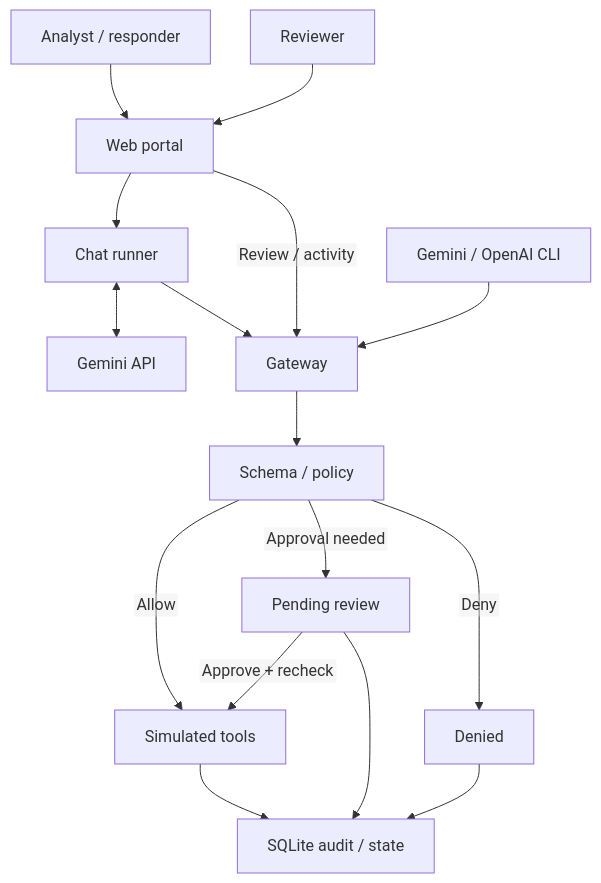
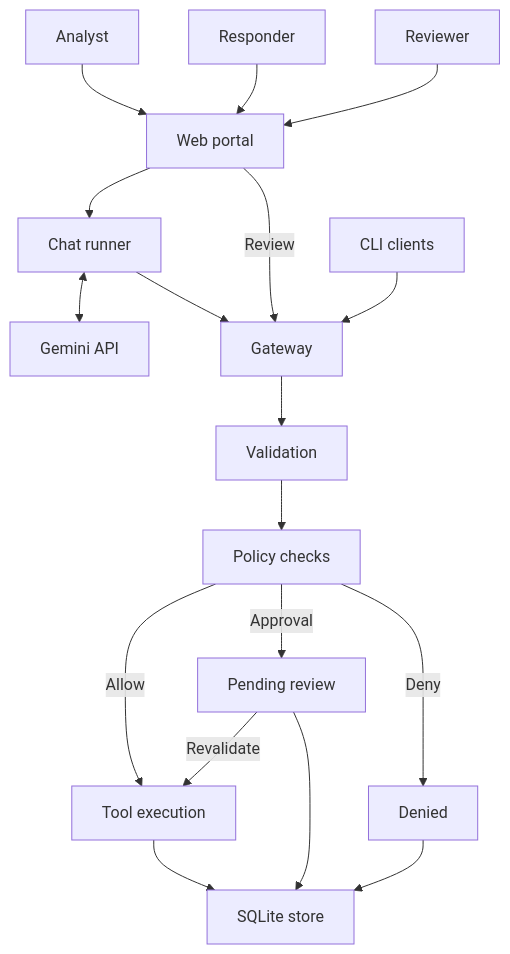
One commit to Bharatttt/agentfence changed the diagram in README.md. Above: the diagram before and after it, drawn with Mermaid. The commit also changed other lines of this file, not shown here.

Commit message:
docs: use compact architecture nodes to prevent clipped labels

````diff
--- a/README.md
+++ b/README.md
@@ -22,27 +22,20 @@
 ```mermaid
----
-config:
-  flowchart:
-    htmlLabels: false
-    nodeSpacing: 40
-    rankSpacing: 55
-  themeVariables:
-    fontFamily: Arial
----
 flowchart TD
-    U["Analyst / responder"] --> P["Web portal"]
+    U["Analyst"] --> P["Web portal"]
+    B["Responder"] --> P
     H["Reviewer"] --> P
     P --> R["Chat runner"]
     R <--> M["Gemini API"]
     R --> G["Gateway"]
-    P -->|"Review / activity"| G
-    C["Gemini / OpenAI CLI"] --> G
-    G --> V["Schema / policy"]
-    V -->|"Allow"| T["Simulated tools"]
-    V -->|"Approval needed"| A["Pending review"]
-    A -->|"Approve + recheck"| T
-    V -->|"Deny"| D["Denied"]
-    T --> S["SQLite audit / state"]
+    P -->|"Review"| G
+    C["CLI clients"] --> G
+    G --> V["Validation"]
+    V --> K["Policy checks"]
+    K -->|"Allow"| T["Tool execution"]
+    K -->|"Approval"| A["Pending review"]
+    A -->|"Revalidate"| T
+    K -->|"Deny"| D["Denied"]
+    T --> S["SQLite store"]
     A --> S
     D --> S
 ```
````
